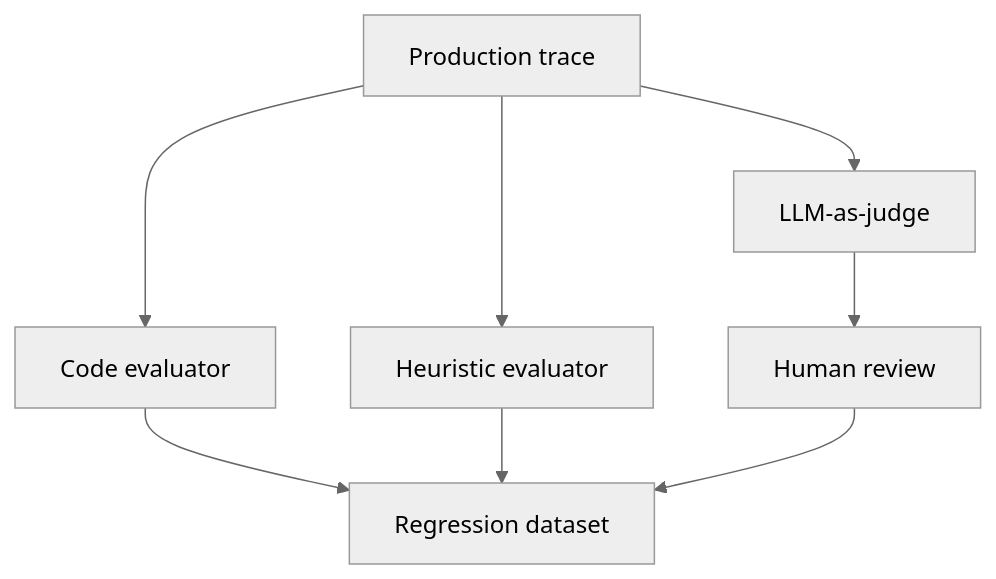
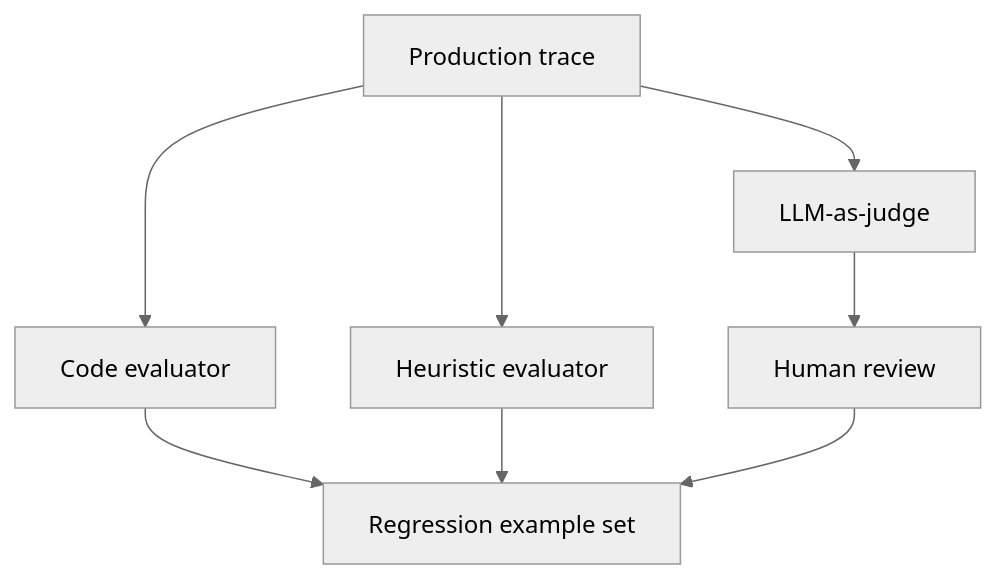
One commit to naren-allam/agents-beginners changed the tenth of 14 diagrams in book/chapters/chapter-04-ensuring-safe-and-responsible-agentic-ai.md. Above: the diagram before and after it, drawn with Mermaid (neutral theme). The commit also changed other lines of this file and 28 other files, not shown here.

````diff
--- a/book/chapters/chapter-04-ensuring-safe-and-responsible-agentic-ai.md
+++ b/book/chapters/chapter-04-ensuring-safe-and-responsible-agentic-ai.md
@@ -312,17 +313,17 @@
 ```mermaid
 flowchart TD
     Trace["Production trace"]
     Code["Code evaluator"]
     Heuristic["Heuristic evaluator"]
     Judge["LLM-as-judge"]
     Human["Human review"]
-    Dataset["Regression dataset"]
+    Dataset["Regression example set"]
 
     Trace --> Code
     Trace --> Heuristic
     Trace --> Judge
     Judge --> Human
     Code --> Dataset
     Heuristic --> Dataset
     Human --> Dataset
 ```
````
